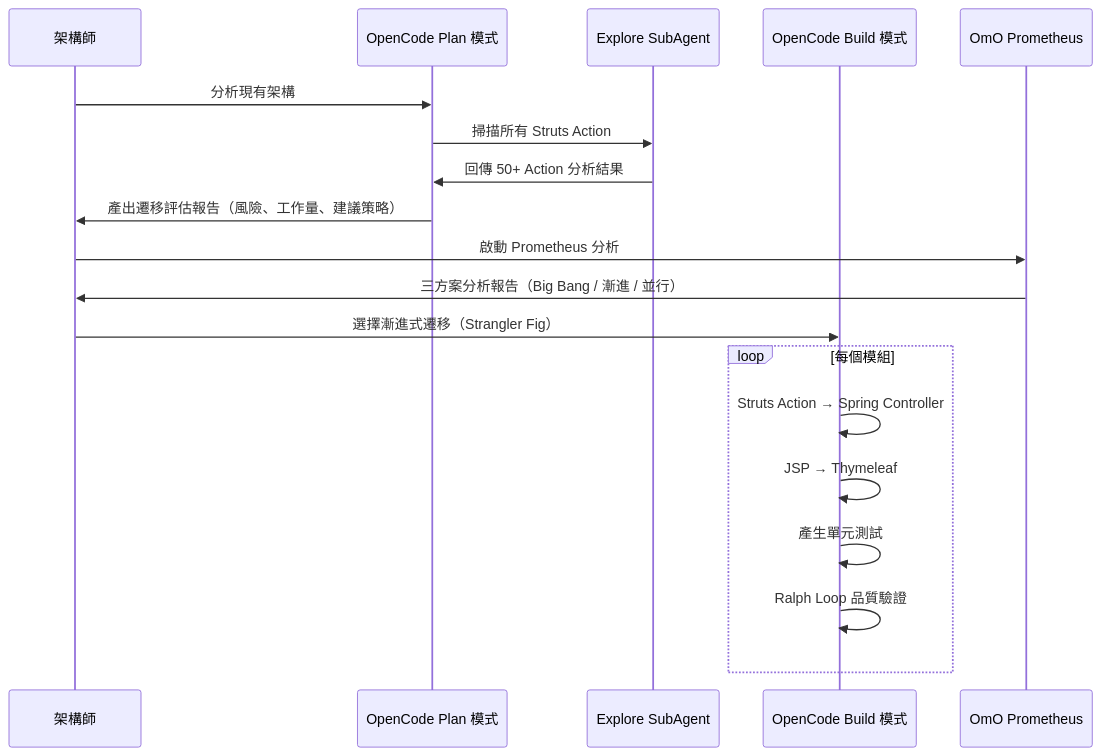
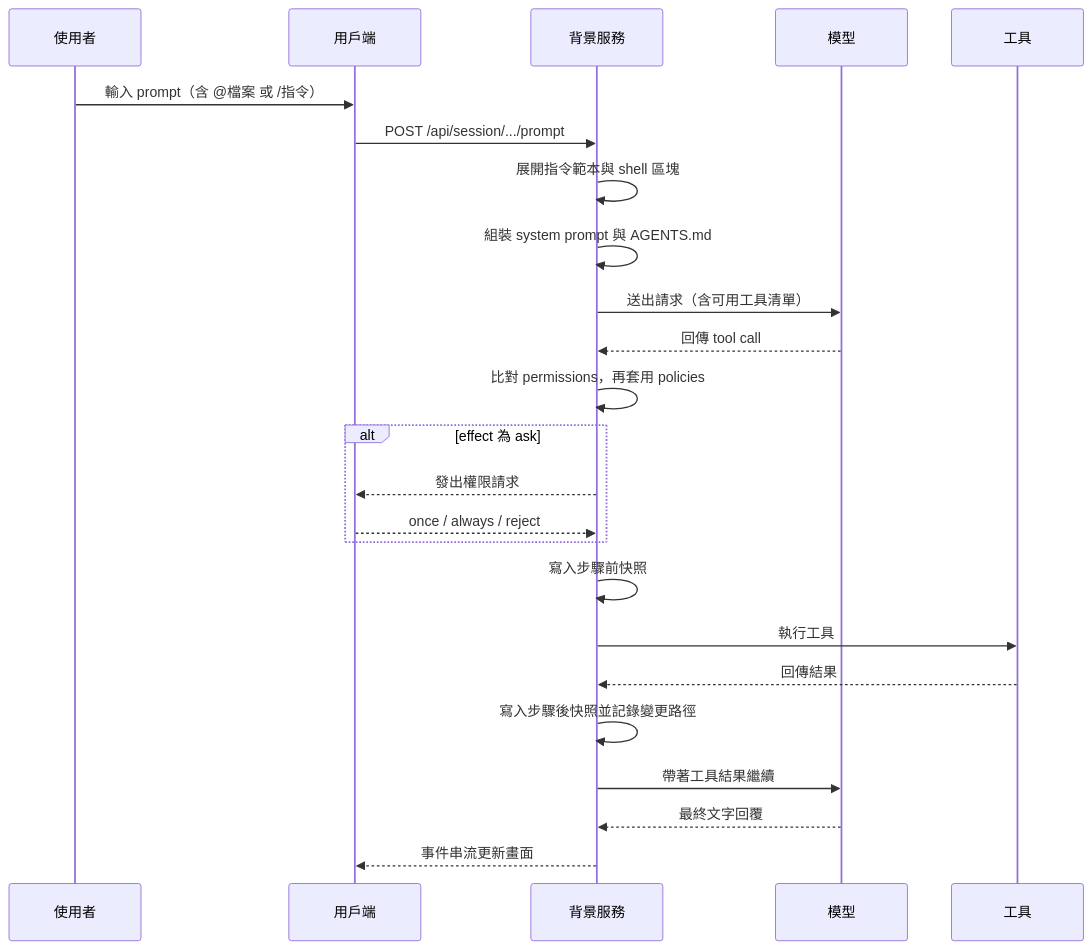
One commit to chihhung/Blog changed the third of 13 diagrams in content/posts/教學/AI開發/opencode生態系教學手冊.md. Above: the diagram before and after it, drawn with Mermaid. The commit also changed other lines of this file and 4 other files, not shown here.

````diff
--- a/content/posts/教學/AI開發/opencode生態系教學手冊.md
+++ b/content/posts/教學/AI開發/opencode生態系教學手冊.md
@@ -471,24 +677,26 @@
 ```mermaid
 sequenceDiagram
-    participant 架構師 as 架構師
-    participant Plan as OpenCode Plan 模式
-    participant Explore as Explore SubAgent
-    participant Build as OpenCode Build 模式
-    participant OmO as OmO Prometheus
-
-    架構師->>Plan: 分析現有架構
-    Plan->>Explore: 掃描所有 Struts Action
-    Explore->>Plan: 回傳 50+ Action 分析結果
-    Plan->>架構師: 產出遷移評估報告（風險、工作量、建議策略）
-
-    架構師->>OmO: 啟動 Prometheus 分析
-    OmO->>架構師: 三方案分析報告（Big Bang / 漸進 / 並行）
-    架構師->>Build: 選擇漸進式遷移（Strangler Fig）
-
-    loop 每個模組
-        Build->>Build: Struts Action → Spring Controller
-        Build->>Build: JSP → Thymeleaf
-        Build->>Build: 產生單元測試
-        Build->>Build: Ralph Loop 品質驗證
+    participant U as 使用者
+    participant C as 用戶端
+    participant S as 背景服務
+    participant M as 模型
+    participant T as 工具
+    U->>C: 輸入 prompt（含 @檔案 或 /指令）
+    C->>S: POST /api/session/.../prompt
+    S->>S: 展開指令範本與 shell 區塊
+    S->>S: 組裝 system prompt 與 AGENTS.md
+    S->>M: 送出請求（含可用工具清單）
+    M-->>S: 回傳 tool call
+    S->>S: 比對 permissions，再套用 policies
+    alt effect 為 ask
+        S-->>C: 發出權限請求
+        C-->>S: once / always / reject
     end
+    S->>S: 寫入步驟前快照
+    S->>T: 執行工具
+    T-->>S: 回傳結果
+    S->>S: 寫入步驟後快照並記錄變更路徑
+    S->>M: 帶著工具結果繼續
+    M-->>S: 最終文字回覆
+    S-->>C: 事件串流更新畫面
 ```
````
